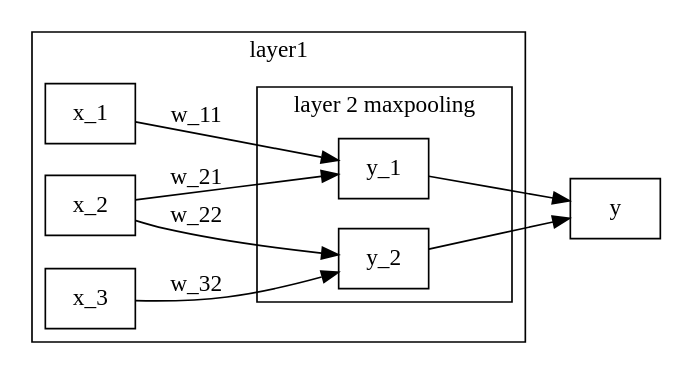
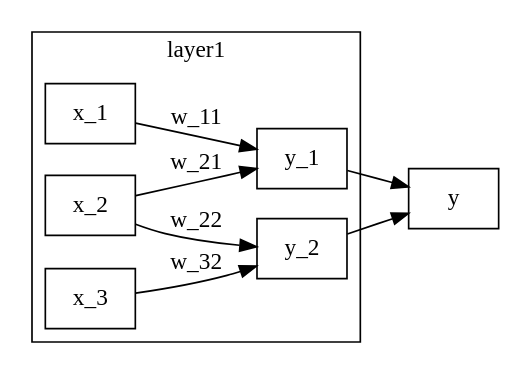
One commit to gwli/DeepLearningOnGPU changed the second of 3 diagrams in source/Stage_2/toplogyStructure/cnn.rst. Above: the diagram before and after it, drawn with Graphviz. The commit also changed other lines of this file and 5 other files, not shown here.

```diff
--- a/source/Stage_2/toplogyStructure/cnn.rst
+++ b/source/Stage_2/toplogyStructure/cnn.rst
@@ -84,22 +84,21 @@
 .. graphviz::
 
-    digraph CNN{
-   rankdir=LR
-   node[shape=box]
-   subgraph clusterA {
+   digraph CNN {
+      rankdir=LR;
+      node[shape=box];
+      subgraph clusterA {
    
-   x_1->y_1 [label="w_11"]
-   x_2->y_1  [label="w_21"]
-   x_2->y_2  [label="w_22"]
-   x_3->y_2  [label="w_32"]
-   label="layer1"
-   subgraph clusterB {
-    y_1
-   
-   y_2
-   label="layer 2 maxpooling"
+           x_1->y_1  [label="w_11"];
+           x_2->y_1  [label="w_21"];
+           x_2->y_2  [label="w_22"];
+           x_3->y_2  [label="w_32"];
+           label="layer1";
+      }
+      subgraph clusterB {
+            y_1;
+            y_2;
+             label="layer 2 maxpooling";
+      };
+      y_1->y;
+      y_2->y;
    }
-   }
-   y_1->y
-   y_2->y
-   }
```
